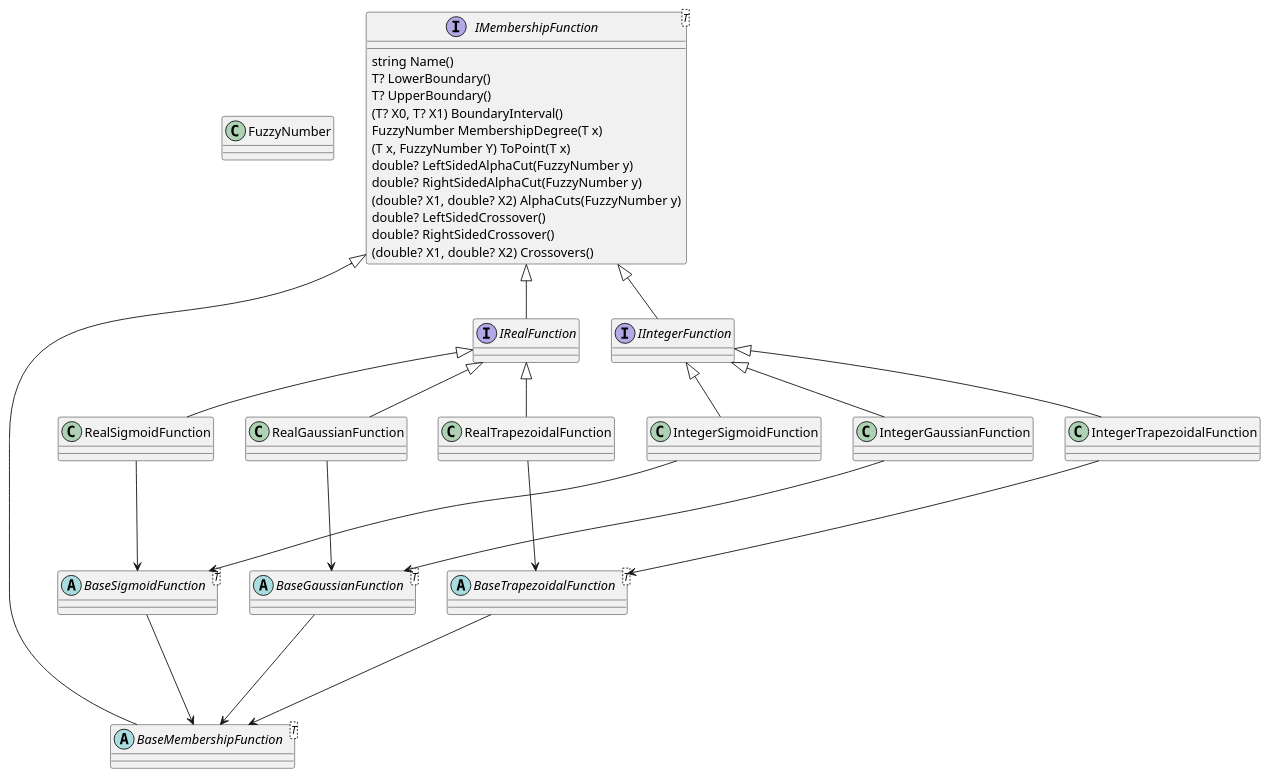
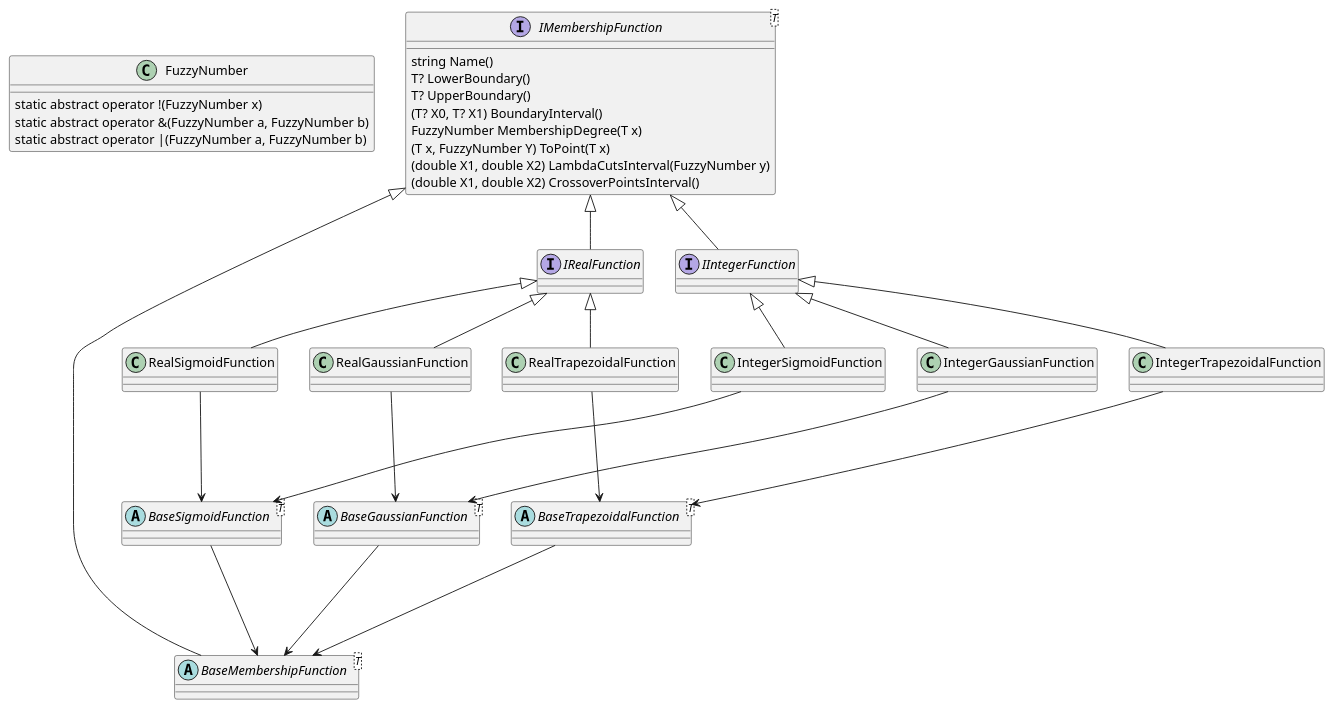
One commit to b-tapia-morales/FuzzyLogic changed the diagram in FuzzyLogic/Diagrams/MembershipFunctions.puml. Above: the diagram before and after it, drawn with PlantUML.

Commit message:
Added fuzzy number static operators in class

```diff
--- a/FuzzyLogic/Diagrams/MembershipFunctions.puml
+++ b/FuzzyLogic/Diagrams/MembershipFunctions.puml
@@ -1,74 +1,74 @@
 @startuml
 
-class FuzzyNumber
+class FuzzyNumber {
+static abstract operator !(FuzzyNumber x)
+static abstract operator &(FuzzyNumber a, FuzzyNumber b)
+static abstract operator |(FuzzyNumber a, FuzzyNumber b)
+}
 
 interface IMembershipFunction<T> {
 string Name()
 T? LowerBoundary()
 T? UpperBoundary()
 (T? X0, T? X1) BoundaryInterval()
 FuzzyNumber MembershipDegree(T x)
 (T x, FuzzyNumber Y) ToPoint(T x)
-double? LeftSidedAlphaCut(FuzzyNumber y)
-double? RightSidedAlphaCut(FuzzyNumber y)
-(double? X1, double? X2) AlphaCuts(FuzzyNumber y)
-double? LeftSidedCrossover()
-double? RightSidedCrossover()
-(double? X1, double? X2) Crossovers()
+(double X1, double X2) LambdaCutsInterval(FuzzyNumber y)
+(double X1, double X2) CrossoverPointsInterval()
 }
 
 abstract class BaseMembershipFunction<T>
 
 IMembershipFunction <|-- BaseMembershipFunction
 
 together {
 interface IIntegerFunction
 interface IRealFunction
 }
 
 together {
 abstract class BaseSigmoidFunction<T>
 abstract class BaseGaussianFunction<T>
 abstract class BaseTrapezoidalFunction<T>
 }
 
 BaseSigmoidFunction -d--> BaseMembershipFunction
 BaseGaussianFunction -d--> BaseMembershipFunction
 BaseTrapezoidalFunction -d--> BaseMembershipFunction
 
 IMembershipFunction <|-- IIntegerFunction
 
 together {
 together {
 class IntegerSigmoidFunction
 class IntegerGaussianFunction
 class IntegerTrapezoidalFunction
 }
 together {
 class RealGaussianFunction
 class RealSigmoidFunction
 class RealTrapezoidalFunction
 }
 }
 
 IIntegerFunction <|-- IntegerSigmoidFunction
 IIntegerFunction <|-- IntegerGaussianFunction
 IIntegerFunction <|-- IntegerTrapezoidalFunction
 
 IntegerSigmoidFunction -d--> BaseSigmoidFunction
 IntegerGaussianFunction -d--> BaseGaussianFunction
 IntegerTrapezoidalFunction -d--> BaseTrapezoidalFunction
 
 IMembershipFunction <|-- IRealFunction
 
 
 
 IRealFunction <|-- RealSigmoidFunction
 IRealFunction <|-- RealGaussianFunction
 IRealFunction <|-- RealTrapezoidalFunction
 
 RealSigmoidFunction --> BaseSigmoidFunction
 RealGaussianFunction --> BaseGaussianFunction
 RealTrapezoidalFunction --> BaseTrapezoidalFunction
 
 @enduml
```
